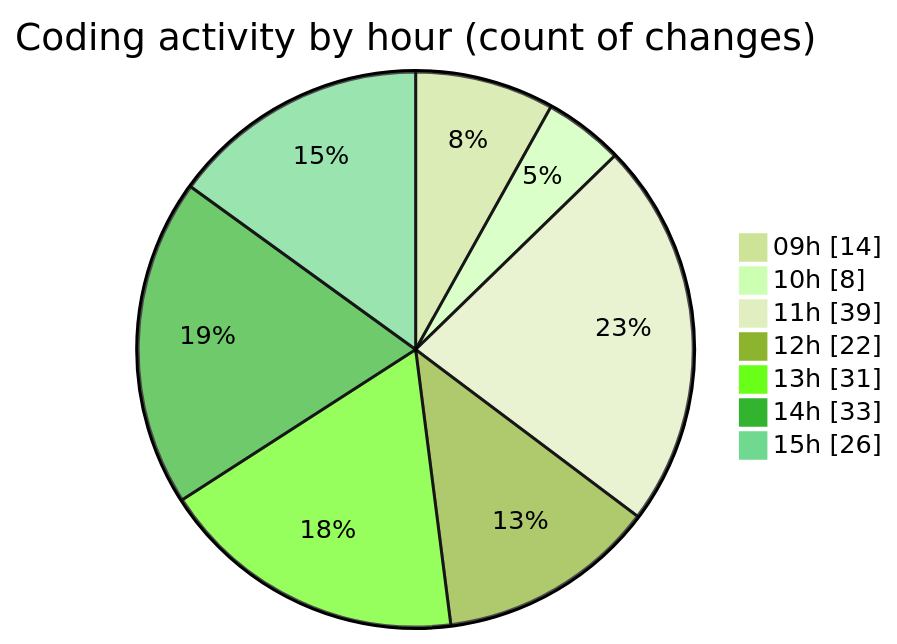
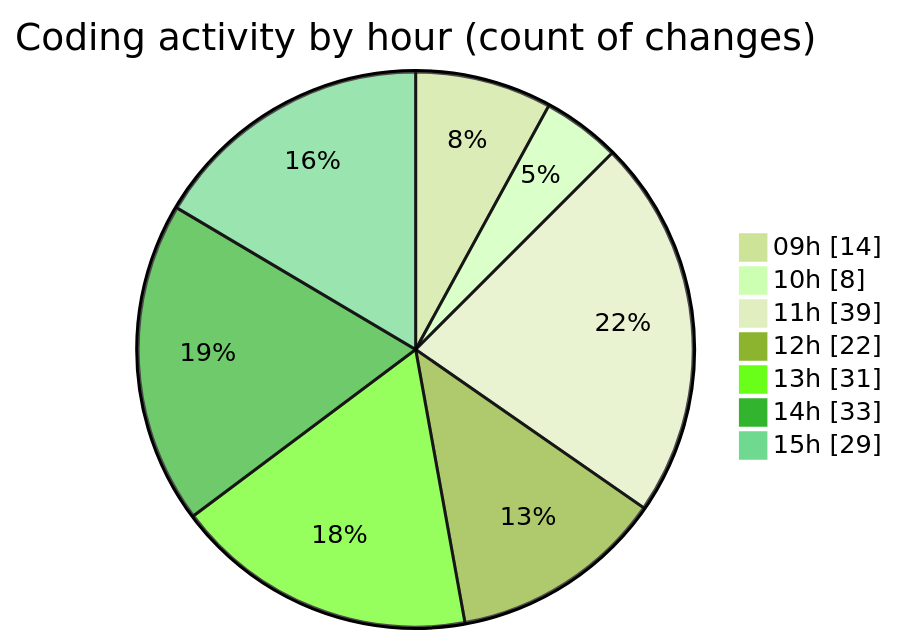
Before and after one commit to momahboobian/code-tracking: the second of 2 diagrams in 2025-02-07/cda/README.md, drawn with Mermaid (forest theme). The commit also changed other lines of this file and 1 other file, not shown here.

````diff
--- a/2025-02-07/cda/README.md
+++ b/2025-02-07/cda/README.md
@@ -66,11 +66,11 @@
 ```mermaid
 pie showData
 title Coding activity by hour (count of changes)
 "09h" : 14
 "10h" : 8
 "11h" : 39
 "12h" : 22
 "13h" : 31
 "14h" : 33
-"15h" : 26
+"15h" : 29
 ```
````
